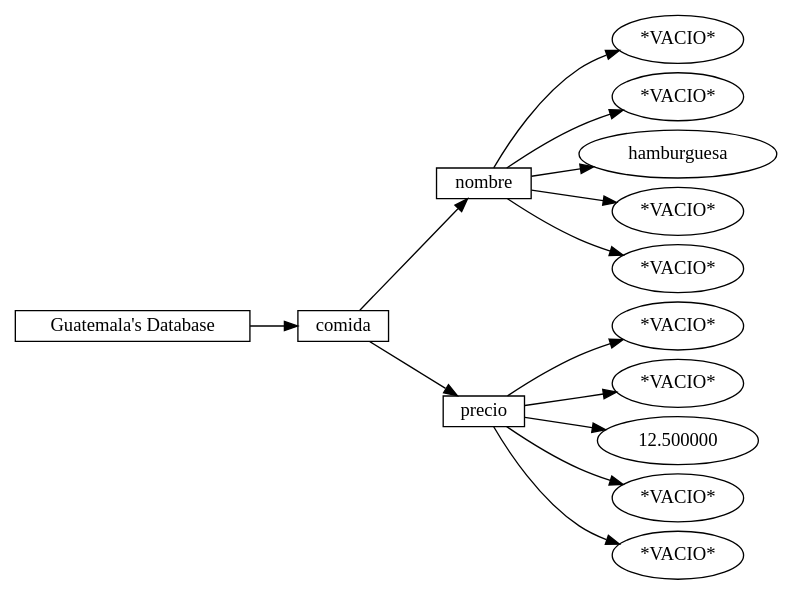
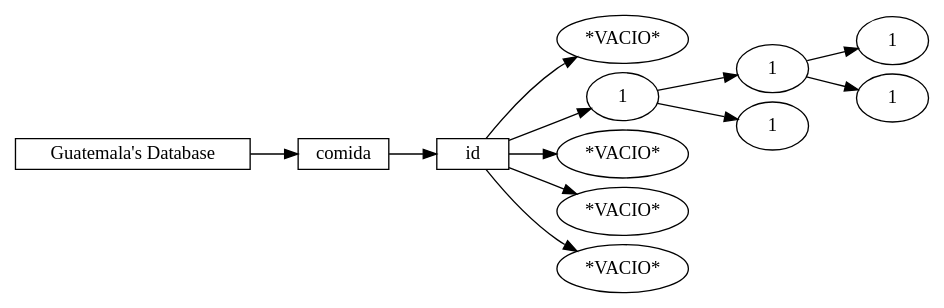
One commit to Fxhnd13/EstructuraDeDatos_Proyecto_2 changed the diagram in Docs/Grafico.dot. Above: the diagram before and after it, drawn with Graphviz. The commit also changed 8 other files, not shown here.

```diff
--- a/Docs/Grafico.dot
+++ b/Docs/Grafico.dot
@@ -1,31 +1,27 @@
 digraph G {
      nodesep=.1;
      rankdir=LR;
      node0 [label="Guatemala's Database", shape=record, height=.1];
      node0 -> node1;
      node1 [label="comida", shape=record, height=.1];
      node1 -> node2;
-     node2 [label="nombre", shape=record, height=.1];
+     node2 [label="id", shape=record, height=.1];
      node2 -> node3;
      node3 [label="*VACIO*"];
      node2 -> node4;
-     node4 [label="*VACIO*"];
-     node2 -> node5;
-     node5 [label="hamburguesa"];
-     node2 -> node6;
-     node6 [label="*VACIO*"];
-     node2 -> node7;
-     node7 [label="*VACIO*"];
-     node1 -> node8;
-     node8 [label="precio", shape=record, height=.1];
-     node8 -> node9;
+     node4 [label="1"];
+     node4 -> node5;
+     node5 [label="1"];
+     node5 -> node6;
+     node6 [label="1"];
+     node5 -> node7;
+     node7 [label="1"];
+     node4 -> node8;
+     node8 [label="1"];
+     node2 -> node9;
      node9 [label="*VACIO*"];
-     node8 -> node10;
+     node2 -> node10;
      node10 [label="*VACIO*"];
-     node8 -> node11;
-     node11 [label="12.500000"];
-     node8 -> node12;
-     node12 [label="*VACIO*"];
-     node8 -> node13;
-     node13 [label="*VACIO*"];
+     node2 -> node11;
+     node11 [label="*VACIO*"];
 }
```
